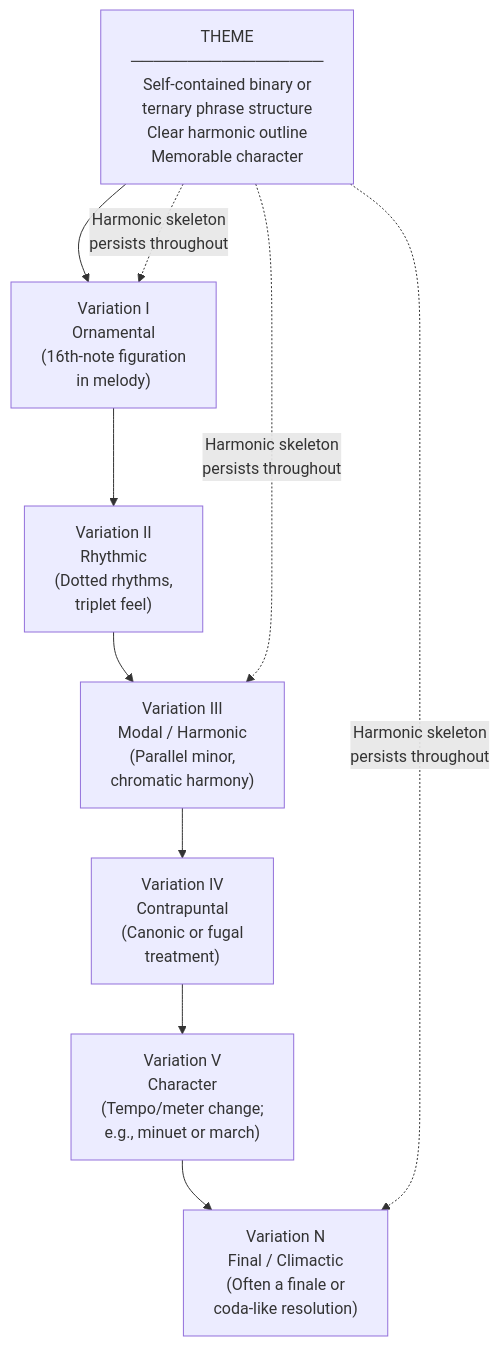
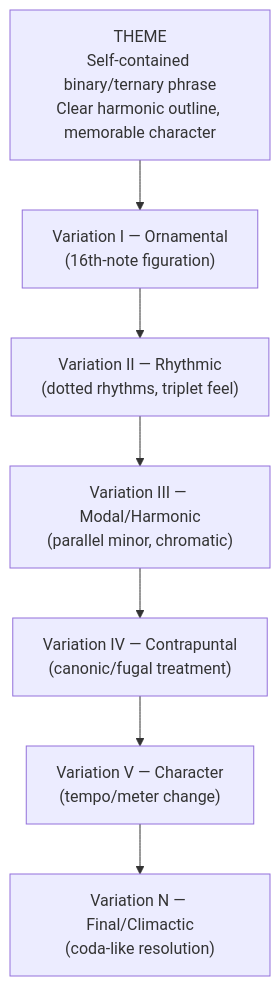
The third of 7 diagrams in topics/arts/composition/music_theory/lesson_04_form_and_structure.md (blebleblee/synapse), drawn with Mermaid before and after one commit. The commit also changed other lines of this file and 4 other files, not shown here.

````diff
--- a/topics/arts/composition/music_theory/lesson_04_form_and_structure.md
+++ b/topics/arts/composition/music_theory/lesson_04_form_and_structure.md
@@ -124,16 +170,12 @@
 ```mermaid
 flowchart TD
-    TH["THEME\n─────────────────\nSelf-contained binary or\nternary phrase structure\nClear harmonic outline\nMemorable character"]
+    theme["THEME\nSelf-contained binary/ternary phrase\nClear harmonic outline, memorable character"]
+    v1["Variation I — Ornamental\n(16th-note figuration)"]
+    v2["Variation II — Rhythmic\n(dotted rhythms, triplet feel)"]
+    v3["Variation III — Modal/Harmonic\n(parallel minor, chromatic)"]
+    v4["Variation IV — Contrapuntal\n(canonic/fugal treatment)"]
+    v5["Variation V — Character\n(tempo/meter change)"]
+    vn["Variation N — Final/Climactic\n(coda-like resolution)"]
 
-    V1["Variation I\nOrnamental\n(16th-note figuration\nin melody)"]
-    V2["Variation II\nRhythmic\n(Dotted rhythms,\ntriplet feel)"]
-    V3["Variation III\nModal / Harmonic\n(Parallel minor,\nchromatic harmony)"]
-    V4["Variation IV\nContrapuntal\n(Canonic or fugal\ntreatment)"]
-    V5["Variation V\nCharacter\n(Tempo/meter change;\ne.g., minuet or march)"]
-    VN["Variation N\nFinal / Climactic\n(Often a finale or\ncoda-like resolution)"]
-
-    TH --> V1 --> V2 --> V3 --> V4 --> V5 --> VN
-    TH -.->|"Harmonic skeleton\npersists throughout"| V1
-    TH -.->|"Harmonic skeleton\npersists throughout"| V3
-    TH -.->|"Harmonic skeleton\npersists throughout"| VN
+    theme --> v1 --> v2 --> v3 --> v4 --> v5 --> vn
 ```
````
